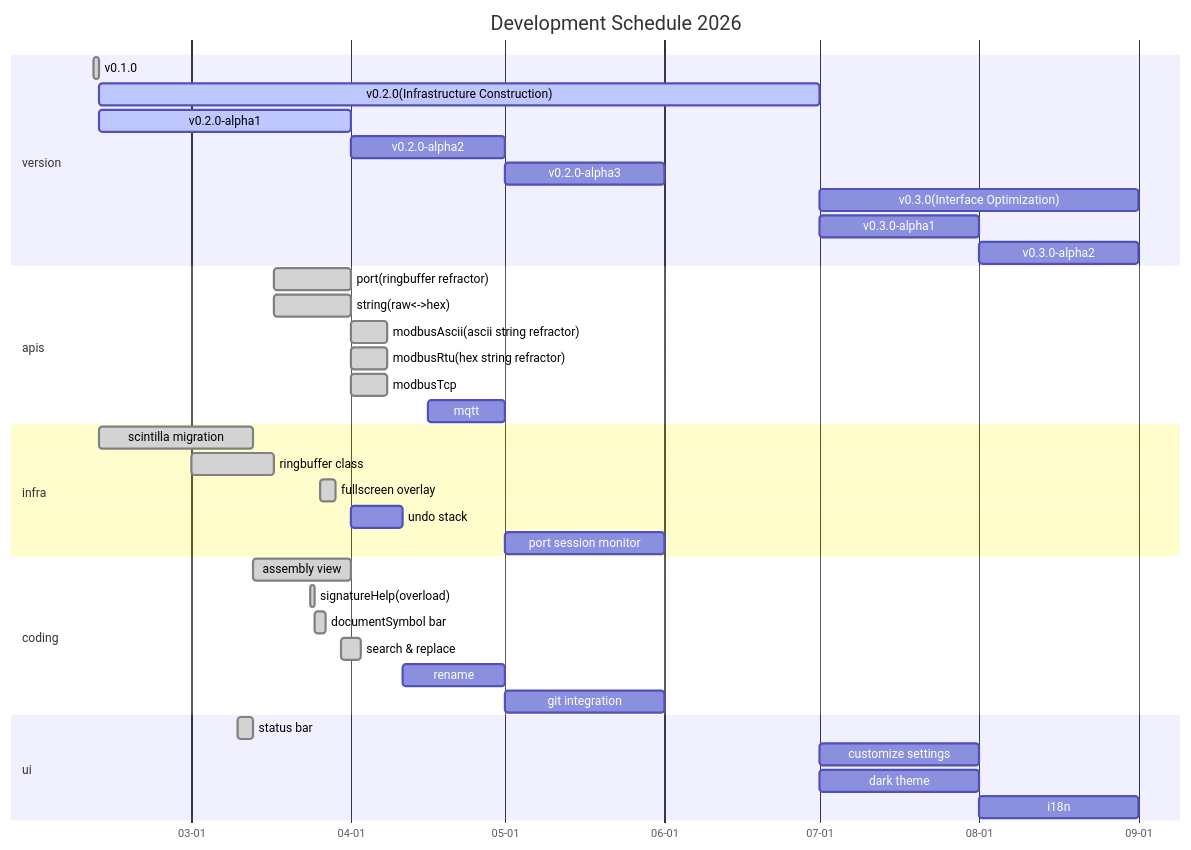
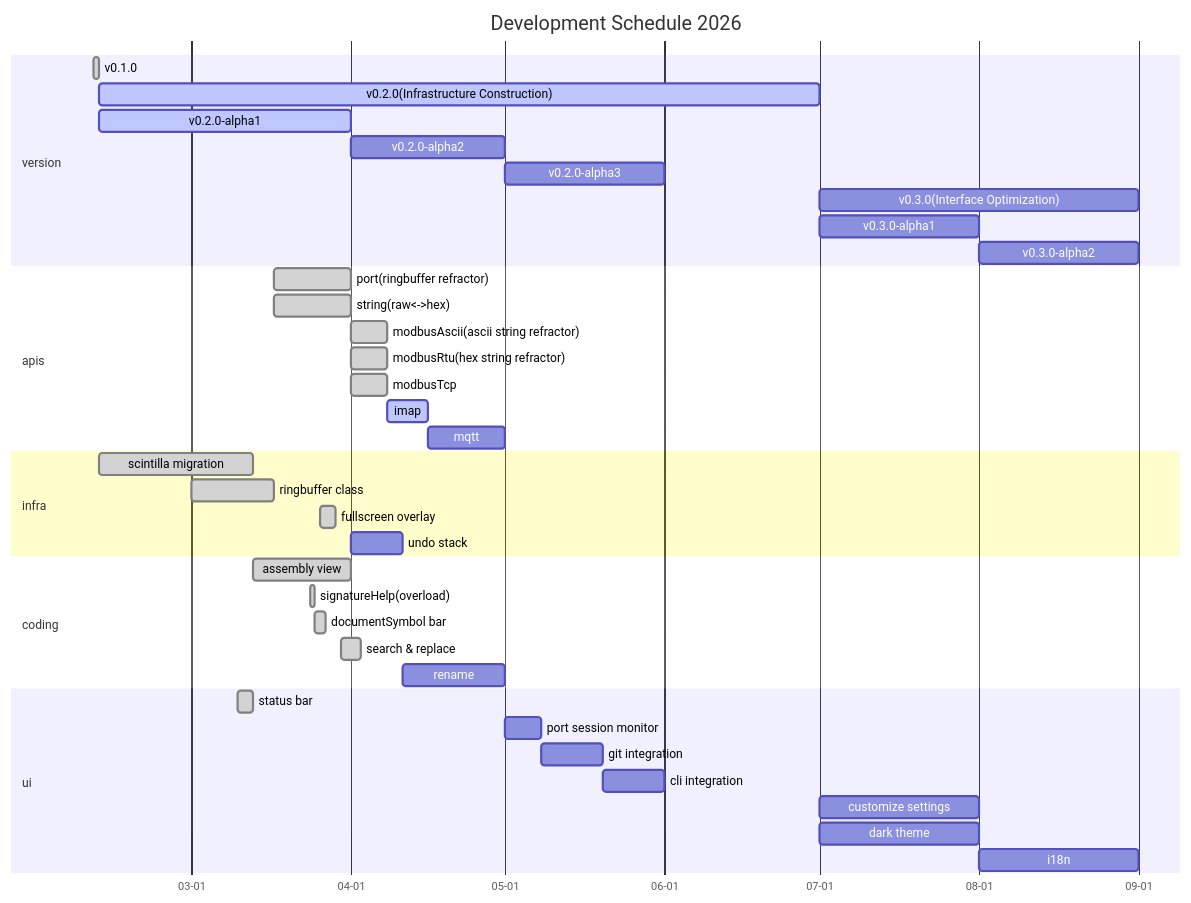
Before and after one commit to zyt20001205/UniComm2: the second of 3 diagrams in README.md, drawn with Mermaid. The commit also changed 1 other file, not shown here.

Commit message:
schedule edited

````diff
--- a/README.md
+++ b/README.md
@@ -79,46 +79,48 @@
 ```mermaid
 gantt
     title Development Schedule 2026
     dateFormat MM-DD
     axisFormat %m-%d
     tickInterval 1month
 
     section version
         v0.1.0: done, 02-10, 1d
         v0.2.0(Infrastructure Construction): active, 02-11, 140d
         v0.2.0-alpha1: active, 02-11, 49d
         v0.2.0-alpha2: 04-01, 30d
         v0.2.0-alpha3: 05-01, 31d
         v0.3.0(Interface Optimization): 07-01, 62d
         v0.3.0-alpha1: 07-01, 31d
         v0.3.0-alpha2: 08-01, 31d
 
     section apis
         port(ringbuffer refractor): done, 03-17, 15d
         string(raw<->hex): done, 03-17, 15d
         modbusAscii(ascii string refractor): done, 04-01, 7d
         modbusRtu(hex string refractor): done, 04-01, 7d
         modbusTcp: done, 04-01, 7d
+        imap: active, 04-08, 8d
         mqtt: 04-16, 15d
 
     section infra
         scintilla migration: done, 02-11, 30d
         ringbuffer class: done, 03-01, 16d
         fullscreen overlay: done, 03-26, 3d
         undo stack: 04-01, 10d
-        port session monitor: 05-01, 31d
 
     section coding
         assembly view: done, 03-13, 19d
         signatureHelp(overload): done, 03-24, 1d
         documentSymbol bar: done, 03-25, 2d
         search & replace: done, 03-30, 4d
         rename: 04-11, 20d
-        git integration: 05-01, 31d
 
     section ui
         status bar: done, 03-10, 3d
+        port session monitor: 05-01, 7d
+        git integration: 05-08, 12d
+        cli integration: 05-20, 12d
         customize settings: 07-01, 31d
         dark theme: 07-01, 31d
         i18n: 08-01, 31d
 ```
````
